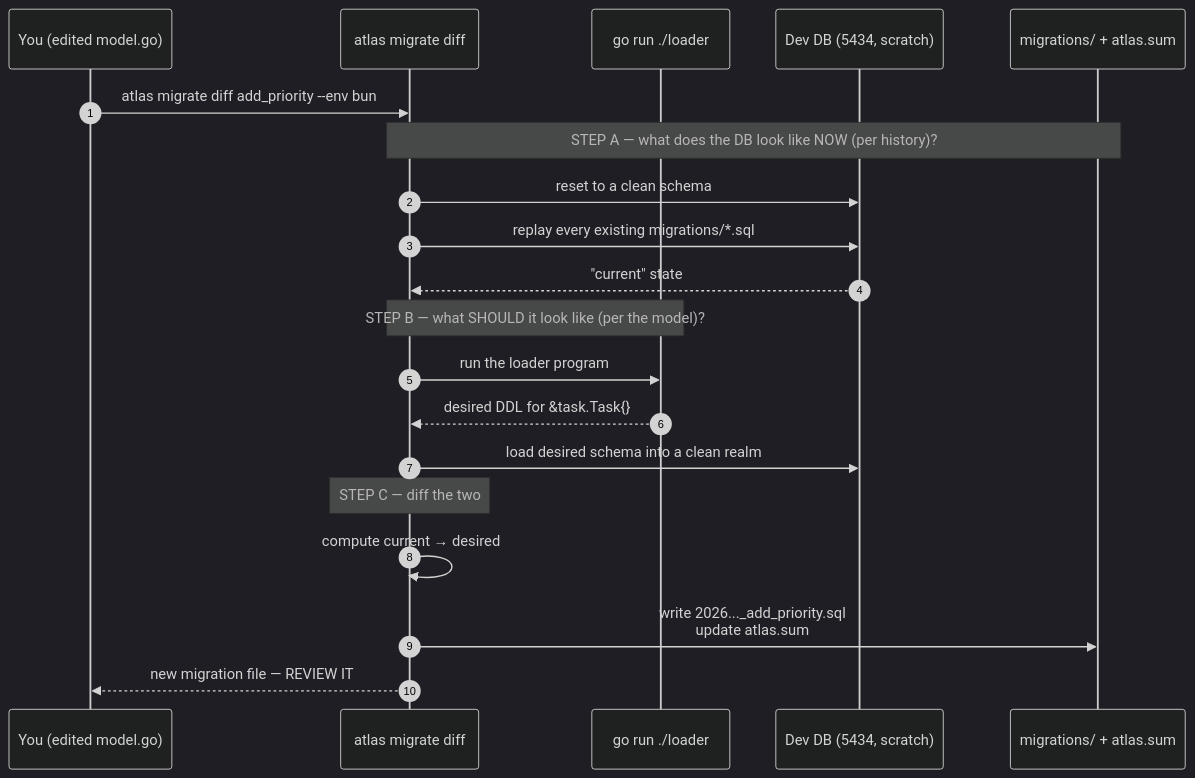
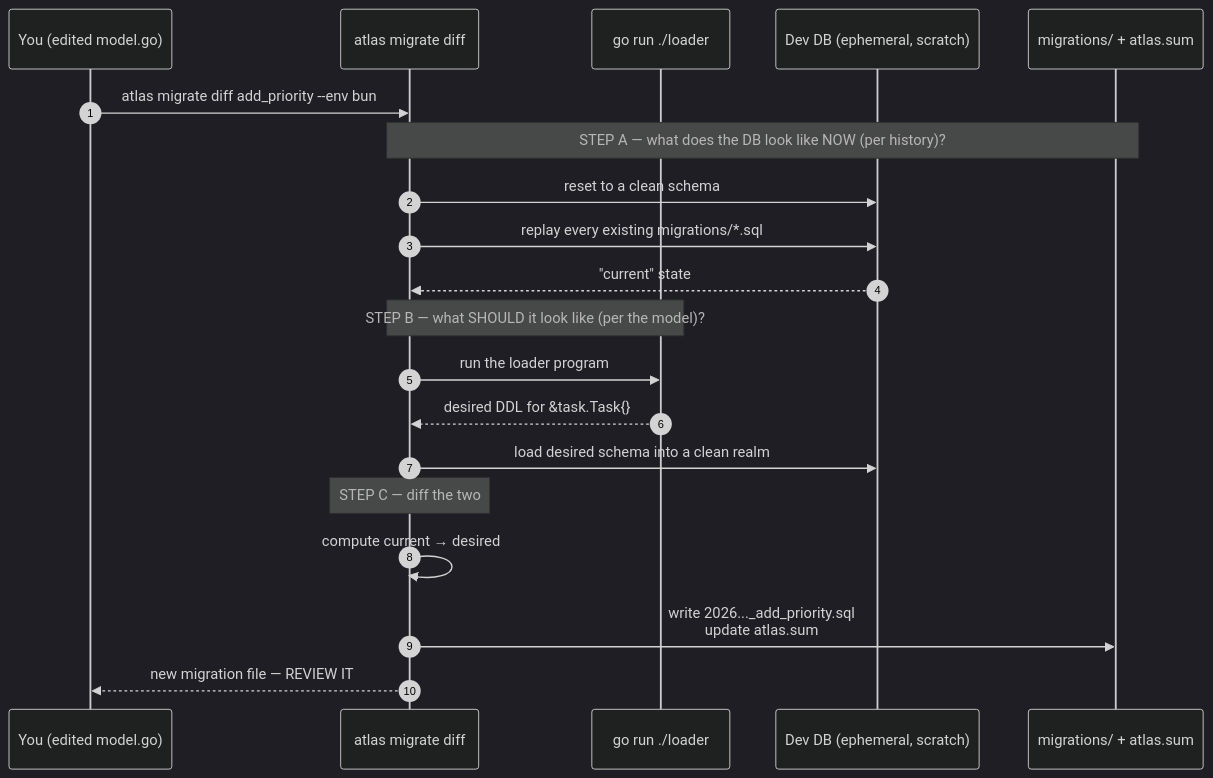
Before and after one commit to akshayvadher/bun-atlas: the second of 8 diagrams in docs/migrations-guide.md, drawn with Mermaid (dark theme). The commit also changed other lines of this file and 5 other files, not shown here.

First line of the commit message:
chore: use ephemeral docker:// dev DB via podman; document the fallback

````diff
--- a/docs/migrations-guide.md
+++ b/docs/migrations-guide.md
@@ -50,23 +51,23 @@
 ```mermaid
 sequenceDiagram
     autonumber
     participant You as You (edited model.go)
     participant Atlas as atlas migrate diff
     participant Loader as go run ./loader
-    participant DevDB as Dev DB (5434, scratch)
+    participant DevDB as Dev DB (ephemeral, scratch)
     participant Dir as migrations/ + atlas.sum
 
     You->>Atlas: atlas migrate diff add_priority --env bun
     Note over Atlas,Dir: STEP A — what does the DB look like NOW (per history)?
     Atlas->>DevDB: reset to a clean schema
     Atlas->>DevDB: replay every existing migrations/*.sql
     DevDB-->>Atlas: "current" state
     Note over Atlas,Loader: STEP B — what SHOULD it look like (per the model)?
     Atlas->>Loader: run the loader program
     Loader-->>Atlas: desired DDL for &task.Task{}
     Atlas->>DevDB: load desired schema into a clean realm
     Note over Atlas: STEP C — diff the two
     Atlas->>Atlas: compute current → desired
     Atlas->>Dir: write 2026..._add_priority.sql<br/>update atlas.sum
     Atlas-->>You: new migration file — REVIEW IT
 ```
````
